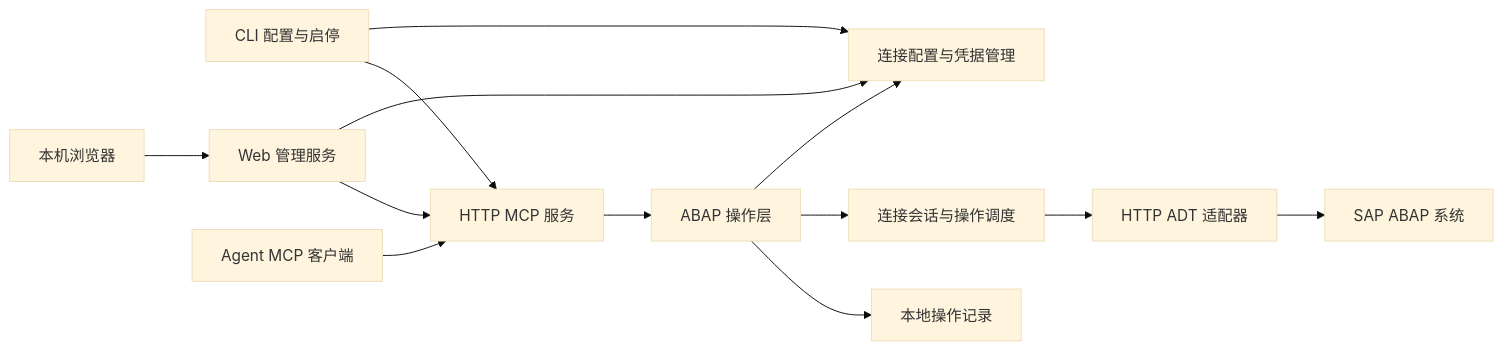
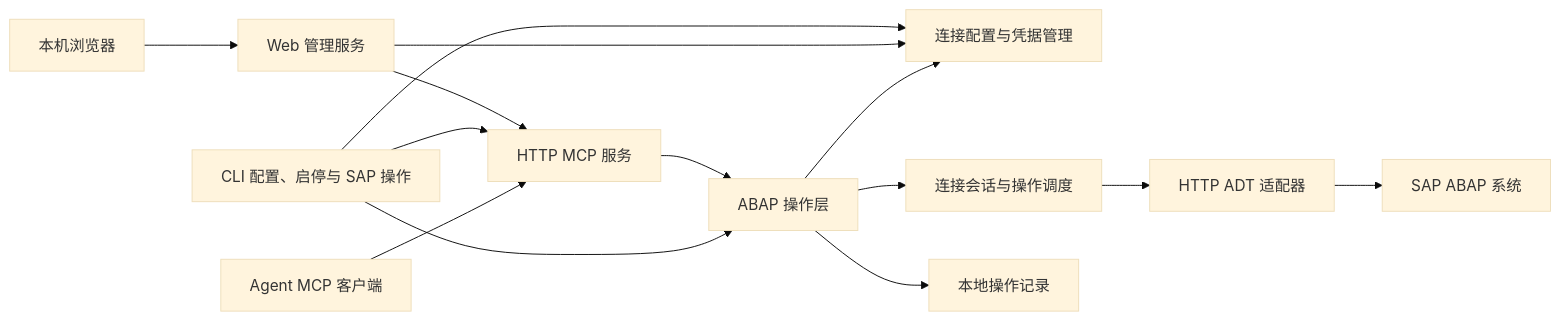
One commit to OneOFF-ive/saplink changed the diagram in docs/architecture.md. Above: the diagram before and after it, drawn with Mermaid (base theme). The commit also changed other lines of this file and 50 other files, not shown here.

Commit message:
feat: default to CLI access and release SapLink 2.1.0

````diff
--- a/docs/architecture.md
+++ b/docs/architecture.md
@@ -34,15 +34,16 @@
 ```mermaid
 flowchart LR
-    CLI[CLI 配置与启停] --> Config[连接配置与凭据管理]
+    CLI[CLI 配置、启停与 SAP 操作] --> Config[连接配置与凭据管理]
     Browser[本机浏览器] --> Admin[Web 管理服务]
     Admin --> Config
     Admin --> Server
     CLI --> Server[HTTP MCP 服务]
     Agent[Agent MCP 客户端] --> Server
     Server --> Operations[ABAP 操作层]
+    CLI --> Operations
     Operations --> Config
     Operations --> Sessions[连接会话与操作调度]
     Sessions --> Adapter[HTTP ADT 适配器]
     Adapter --> SAP[SAP ABAP 系统]
     Operations --> Audit[本地操作记录]
 ```
````
